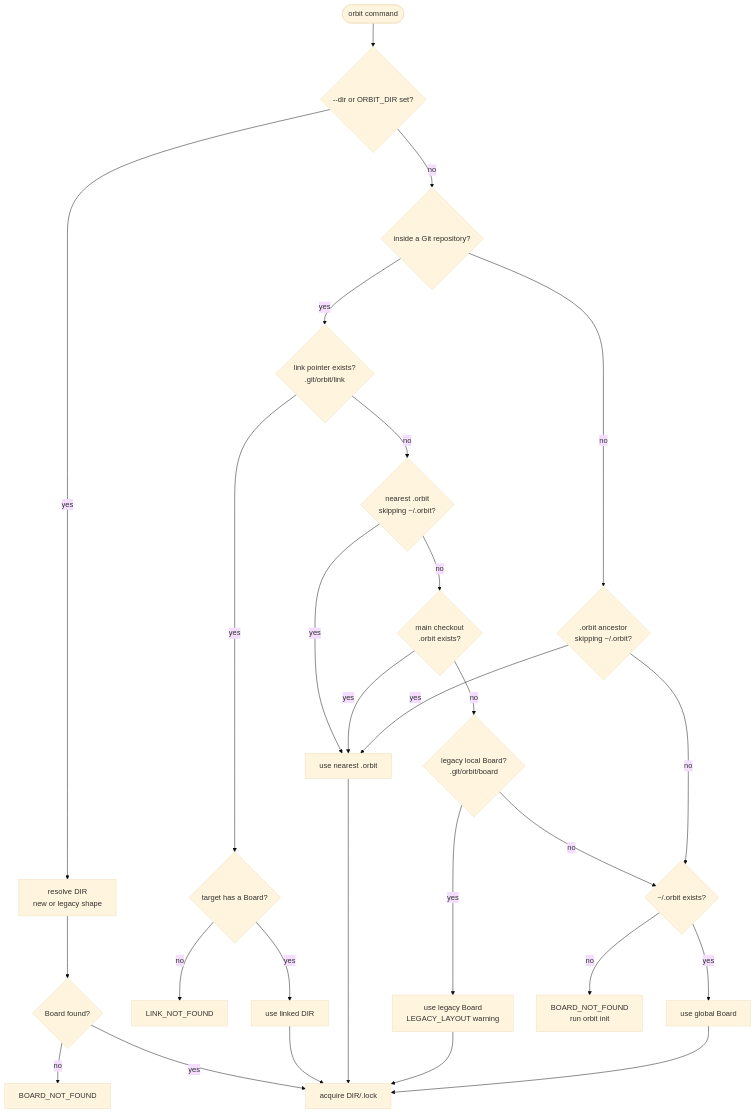
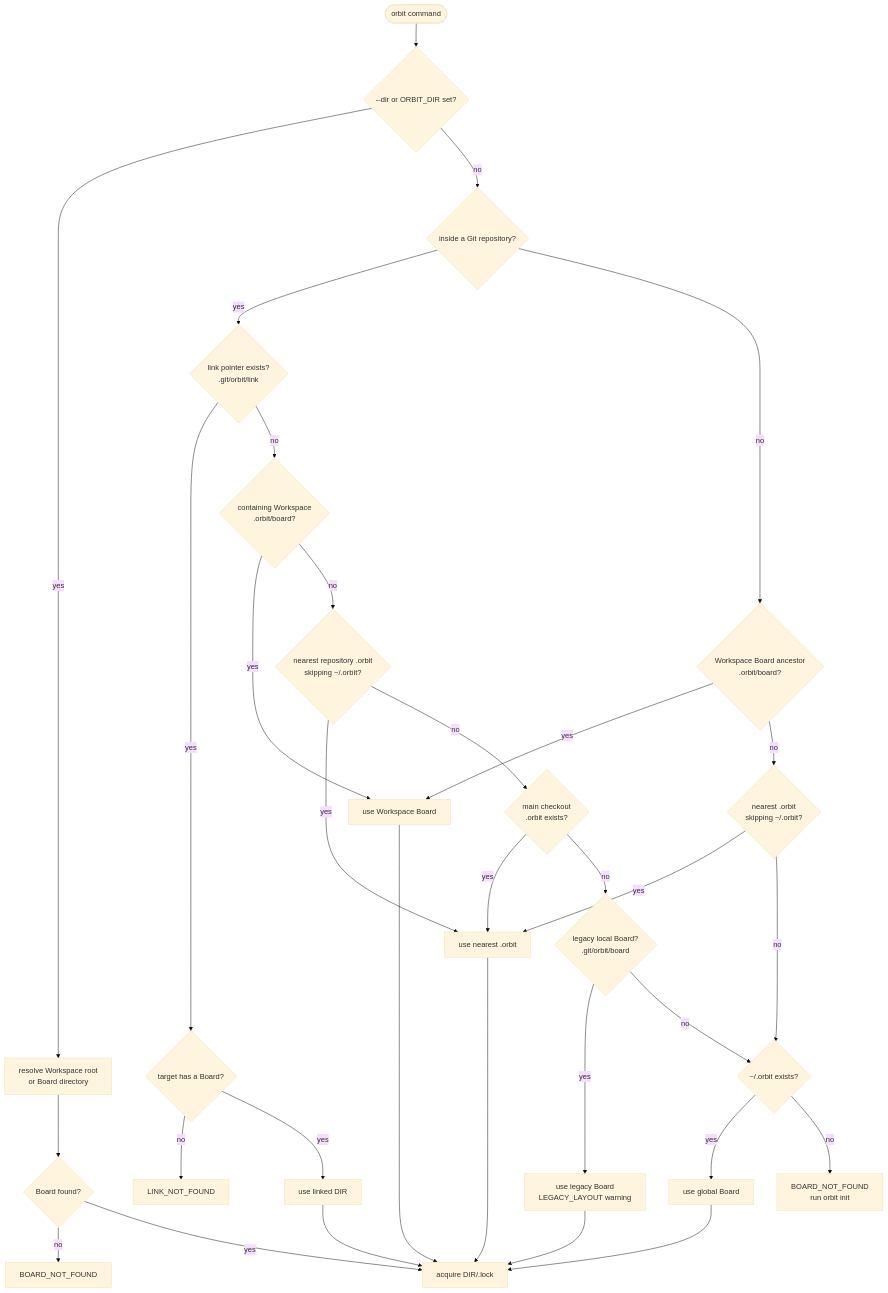
One commit to rcmendes/orbit changed the second of 14 diagrams in docs/ARCHITECTURE.md. Above: the diagram before and after it, drawn with Mermaid (base theme). The commit also changed other lines of this file and 17 other files, not shown here.

Commit message:
feat: initialize Workspace-root Boards

````diff
--- a/docs/ARCHITECTURE.md
+++ b/docs/ARCHITECTURE.md
@@ -152,32 +152,37 @@
 ```mermaid
 flowchart TD
     START(["orbit command"]) --> OVERRIDE{"--dir or ORBIT_DIR set?"}
-    OVERRIDE -->|yes| EXPLICIT["resolve DIR<br/>new or legacy shape"]
+    OVERRIDE -->|yes| EXPLICIT["resolve Workspace root<br/>or Board directory"]
     EXPLICIT --> EXISTS{"Board found?"}
     EXISTS -->|no| NOBOARD["BOARD_NOT_FOUND"]
     EXISTS -->|yes| LOCK["acquire DIR/.lock"]
 
     OVERRIDE -->|no| REPO{"inside a Git repository?"}
     REPO -->|yes| LINKED{"link pointer exists?<br/>.git/orbit/link"}
     LINKED -->|yes| TARGET{"target has a Board?"}
     TARGET -->|no| LINKERR["LINK_NOT_FOUND"]
     TARGET -->|yes| SHARED["use linked DIR"]
-    LINKED -->|no| NEAREST{"nearest .orbit<br/>skipping ~/.orbit?"}
+    LINKED -->|no| WORKSPACE{"containing Workspace<br/>.orbit/board?"}
+    WORKSPACE -->|yes| WBOARD["use Workspace Board"]
+    WORKSPACE -->|no| NEAREST{"nearest repository .orbit<br/>skipping ~/.orbit?"}
     NEAREST -->|yes| OWN["use nearest .orbit"]
     NEAREST -->|no| MAIN{"main checkout<br/>.orbit exists?"}
     MAIN -->|yes| OWN
     MAIN -->|no| LEGACY{"legacy local Board?<br/>.git/orbit/board"}
     LEGACY -->|yes| LEGACYUSE["use legacy Board<br/>LEGACY_LAYOUT warning"]
     LEGACY -->|no| GLOBAL{"~/.orbit exists?"}
     GLOBAL -->|yes| GLOBALUSE["use global Board"]
     GLOBAL -->|no| NOBOARD2["BOARD_NOT_FOUND<br/>run orbit init"]
 
-    REPO -->|no| OUTSIDE{".orbit ancestor<br/>skipping ~/.orbit?"}
-    OUTSIDE -->|yes| OWN
-    OUTSIDE -->|no| GLOBAL
+    REPO -->|no| OUTSIDE{"Workspace Board ancestor<br/>.orbit/board?"}
+    OUTSIDE -->|yes| WBOARD
+    OUTSIDE -->|no| OUTSIDEORBIT{"nearest .orbit<br/>skipping ~/.orbit?"}
+    OUTSIDEORBIT -->|yes| OWN
+    OUTSIDEORBIT -->|no| GLOBAL
 
     SHARED --> LOCK
+    WBOARD --> LOCK
     OWN --> LOCK
     LEGACYUSE --> LOCK
     GLOBALUSE --> LOCK
 ```
````
